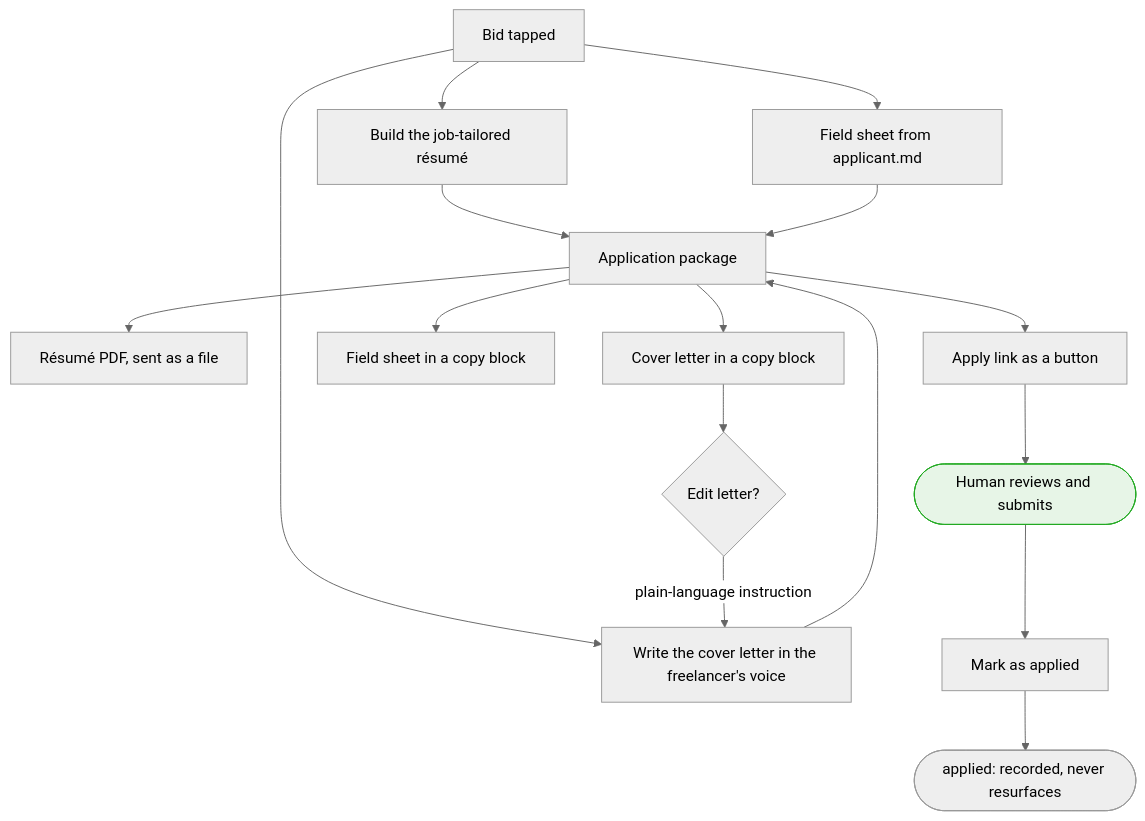
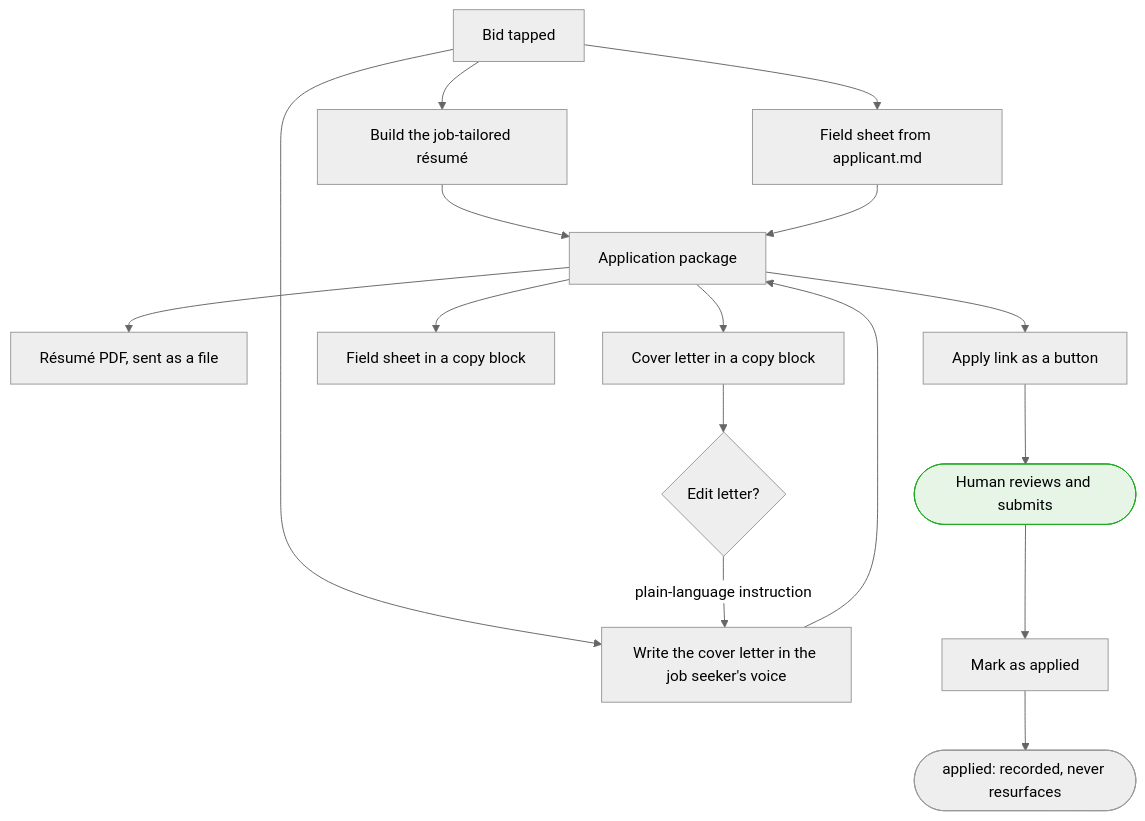
Before and after one commit to HamedEzzu/bidwatch: the second of 5 diagrams in docs/architecture.md, drawn with Mermaid (neutral theme). The commit also changed other lines of this file and 10 other files, not shown here.

````diff
--- a/docs/architecture.md
+++ b/docs/architecture.md
@@ -46,21 +46,21 @@
 ```mermaid
 flowchart TD
     T[Bid tapped] --> R[Build the job-tailored résumé]
-    T --> L[Write the cover letter in the freelancer's voice]
+    T --> L[Write the cover letter in the job seeker's voice]
     T --> F[Field sheet from applicant.md]
 
     R --> P[Application package]
     L --> P
     F --> P
     P --> C1[Résumé PDF, sent as a file]
     P --> C2[Cover letter in a copy block]
     P --> C3[Field sheet in a copy block]
     P --> C4[Apply link as a button]
 
     C2 --> E{Edit letter?}
     E -->|plain-language instruction| L
     C4 --> H([Human reviews and submits])
     H --> M[Mark as applied] --> S([applied: recorded, never resurfaces])
 
     style H fill:#e7f5e7,stroke:#2a2
 ```
````
